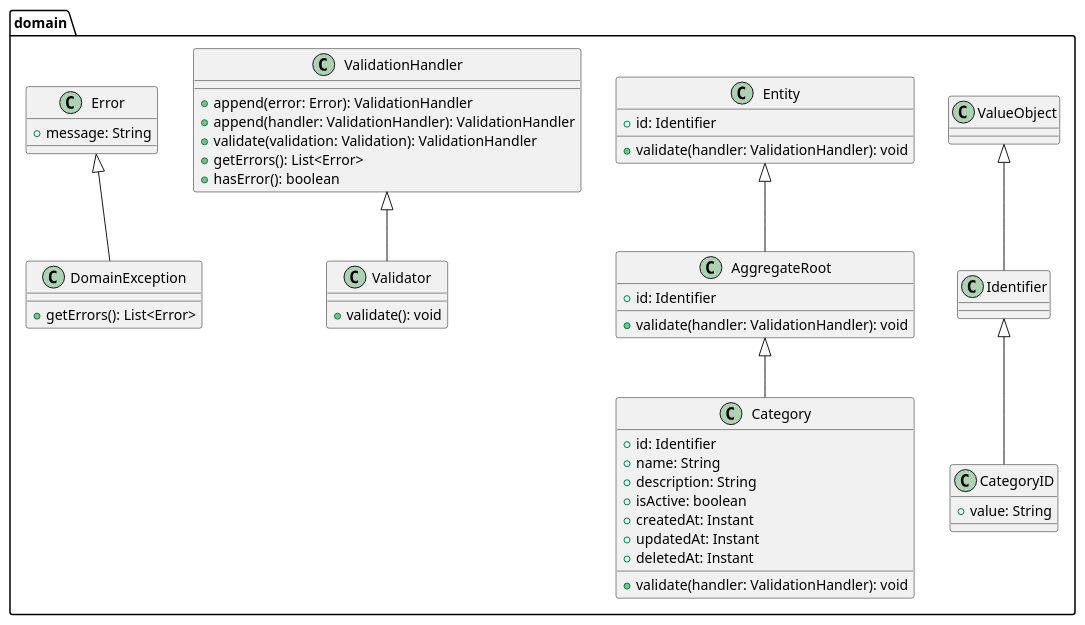
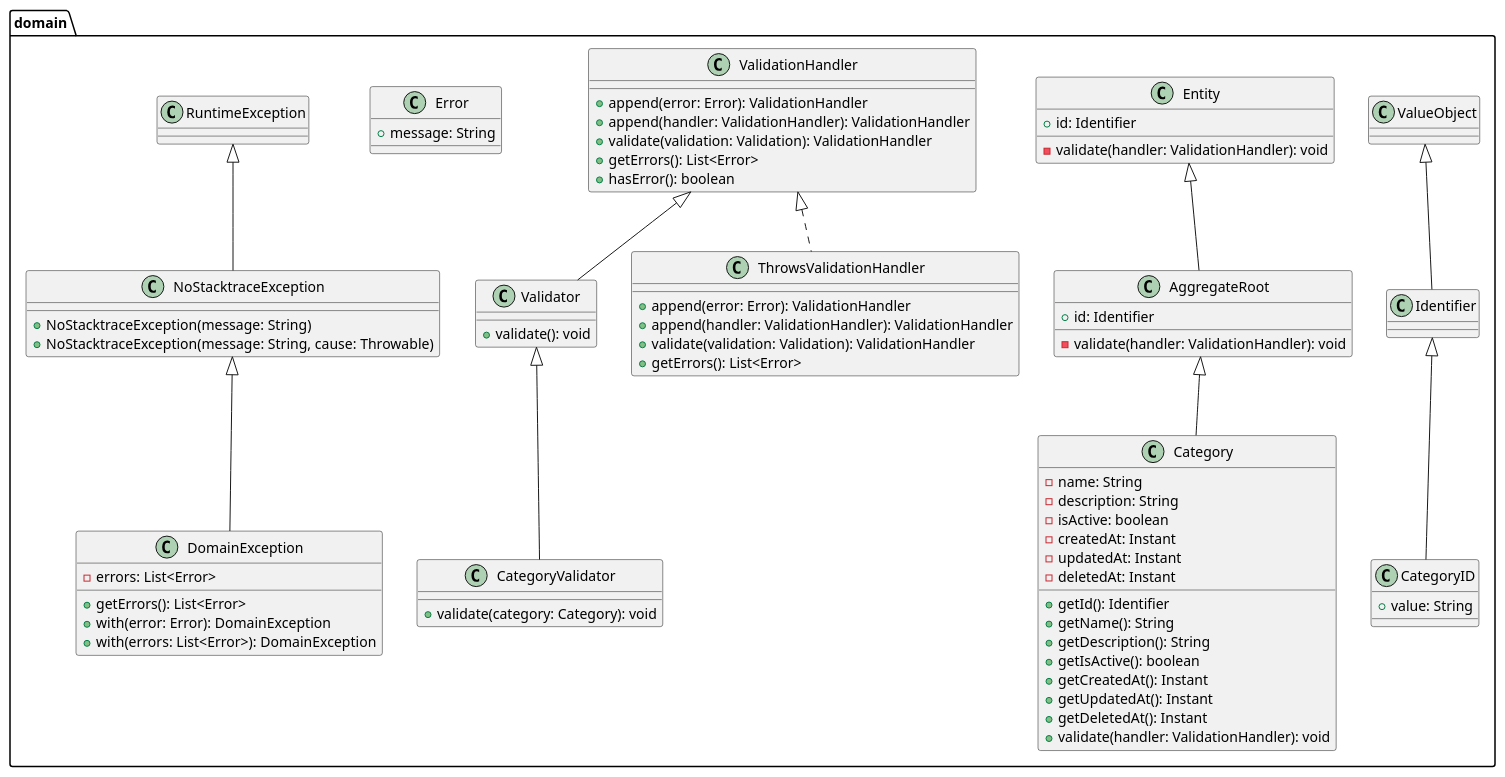
One commit to celsopires1999/cap-micro-admin-videos changed the diagram in domain-diagram.puml. Above: the diagram before and after it, drawn with PlantUML. The commit also changed 2 other files, not shown here.

```diff
--- a/domain-diagram.puml
+++ b/domain-diagram.puml
@@ -1,61 +1,89 @@
 @startuml Domain
 package domain {
     class Identifier {
     }
 
     class ValueObject {
     }
 
     class AggregateRoot {
         + id: Identifier
-        + validate(handler: ValidationHandler): void
+        - validate(handler: ValidationHandler): void
     }
 
     class Entity {
         + id: Identifier
-        + validate(handler: ValidationHandler): void
+        - validate(handler: ValidationHandler): void
     }
 
     class ValidationHandler {
         + append(error: Error): ValidationHandler
         + append(handler: ValidationHandler): ValidationHandler
         + validate(validation: Validation): ValidationHandler
         + getErrors(): List<Error>
         + hasError(): boolean
     }
 
     class Validator {
         + validate(): void
     }
 
     class Error {
         + message: String
     }
 
     class DomainException {
+        - errors: List<Error>
         + getErrors(): List<Error>
+        + with(error: Error): DomainException
+        + with(errors: List<Error>): DomainException
     }
 
     class Category {
-        + id: Identifier
-        + name: String
-        + description: String
-        + isActive: boolean
-        + createdAt: Instant
-        + updatedAt: Instant
-        + deletedAt: Instant
+        - name: String
+        - description: String
+        - isActive: boolean
+        - createdAt: Instant
+        - updatedAt: Instant
+        - deletedAt: Instant
+        + getId(): Identifier
+        + getName(): String
+        + getDescription(): String
+        + getIsActive(): boolean
+        + getCreatedAt(): Instant
+        + getUpdatedAt(): Instant
+        + getDeletedAt(): Instant
         + validate(handler: ValidationHandler): void
     }
 
     class CategoryID {
         + value: String
     }
 
+    class CategoryValidator {
+        + validate(category: Category): void
+    }
+
+    class NoStacktraceException {
+        + NoStacktraceException(message: String)
+        + NoStacktraceException(message: String, cause: Throwable)
+    }
+
+    class ThrowsValidationHandler {
+        + append(error: Error): ValidationHandler
+        + append(handler: ValidationHandler): ValidationHandler
+        + validate(validation: Validation): ValidationHandler
+        + getErrors(): List<Error>
+    }
+
     Entity <|-- AggregateRoot
     AggregateRoot <|-- Category
     Identifier <|-- CategoryID
     ValidationHandler <|-- Validator
-    Error <|-- DomainException
     ValueObject <|-- Identifier
+    Validator <|-- CategoryValidator
+    RuntimeException <|-- NoStacktraceException
+    NoStacktraceException <|-- DomainException
+    ValidationHandler <|.. ThrowsValidationHandler
 }
 @enduml
```
